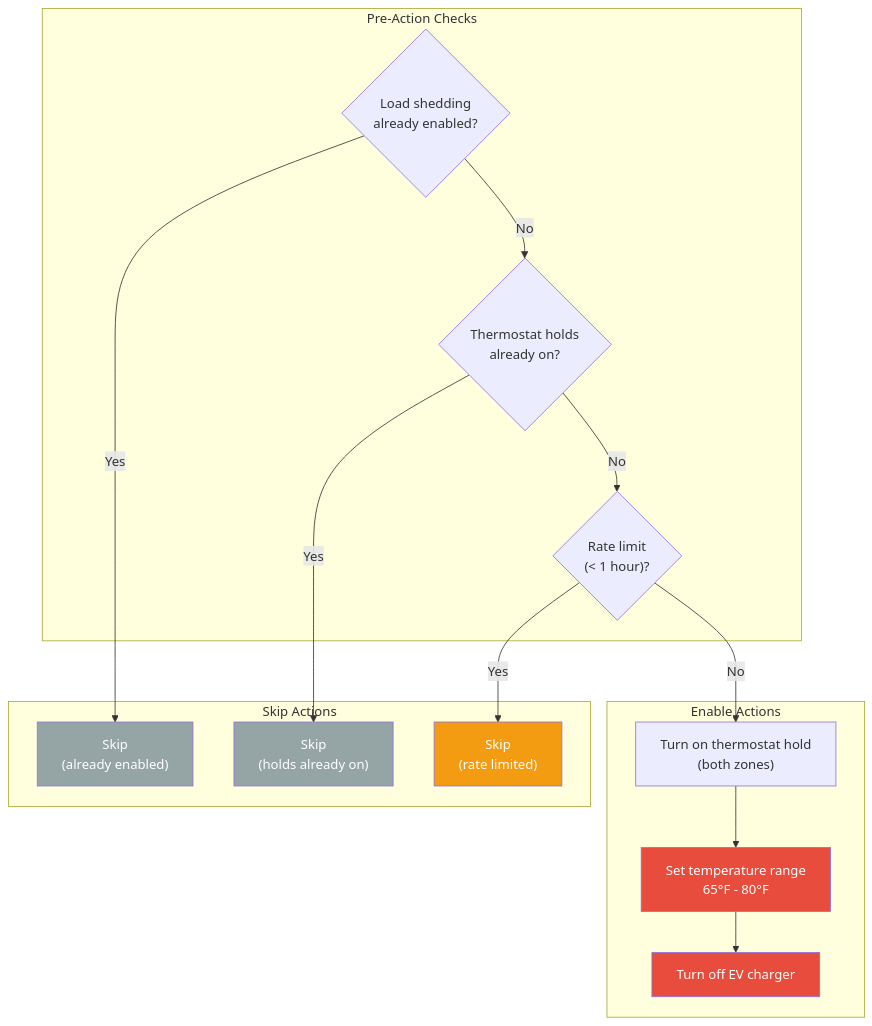
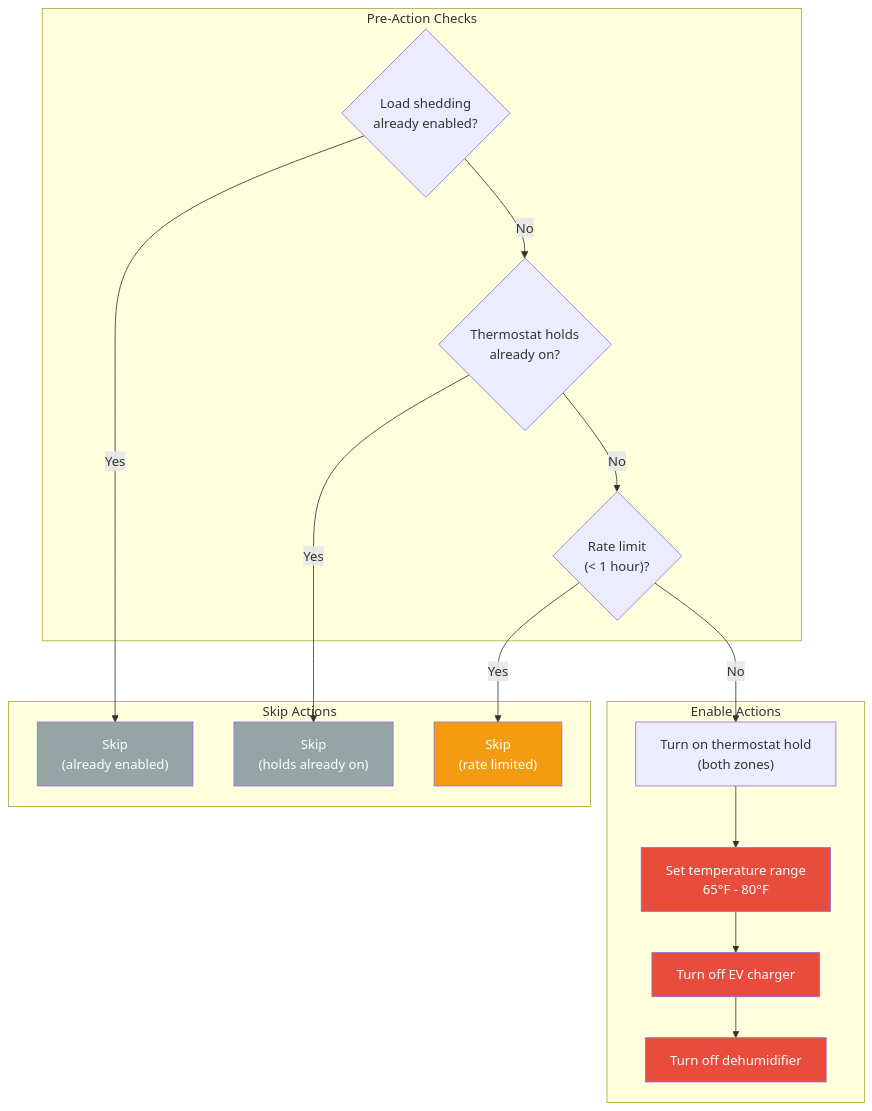
Before and after one commit to NickBorgers/home-automation: the second of 7 diagrams in docs/flows/LOAD_SHEDDING.md, drawn with Mermaid. The commit also changed other lines of this file and 2 other files, not shown here.

First line of the commit message:
feat: Add dehumidifier to load shedding controlled devices

````diff
--- a/docs/flows/LOAD_SHEDDING.md
+++ b/docs/flows/LOAD_SHEDDING.md
@@ -44,35 +44,38 @@
 ```mermaid
 flowchart TD
     subgraph Check["Pre-Action Checks"]
         alreadyOn{"Load shedding<br/>already enabled?"}
         checkHold{"Thermostat holds<br/>already on?"}
         rateLimit{"Rate limit<br/>(< 1 hour)?"}
     end
 
     subgraph Skip["Skip Actions"]
         skipOn["Skip<br/>(already enabled)"]
         skipHold["Skip<br/>(holds already on)"]
         skipRate["Skip<br/>(rate limited)"]
     end
 
     subgraph Actions["Enable Actions"]
         turnOnHold["Turn on thermostat hold<br/>(both zones)"]
         setTemp["Set temperature range<br/>65°F - 80°F"]
         turnOffEV["Turn off EV charger"]
+        turnOffDehum["Turn off dehumidifier"]
     end
 
     alreadyOn -->|Yes| skipOn
     alreadyOn -->|No| checkHold
     checkHold -->|Yes| skipHold
     checkHold -->|No| rateLimit
     rateLimit -->|Yes| skipRate
     rateLimit -->|No| turnOnHold
     turnOnHold --> setTemp
     setTemp --> turnOffEV
+    turnOffEV --> turnOffDehum
 
     style skipOn fill:#95a5a6,color:#fff
     style skipHold fill:#95a5a6,color:#fff
     style skipRate fill:#f39c12,color:#fff
     style setTemp fill:#e74c3c,color:#fff
     style turnOffEV fill:#e74c3c,color:#fff
+    style turnOffDehum fill:#e74c3c,color:#fff
 ```
````
